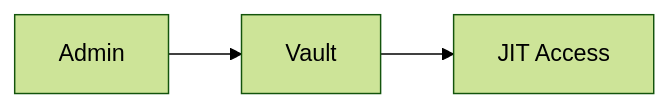
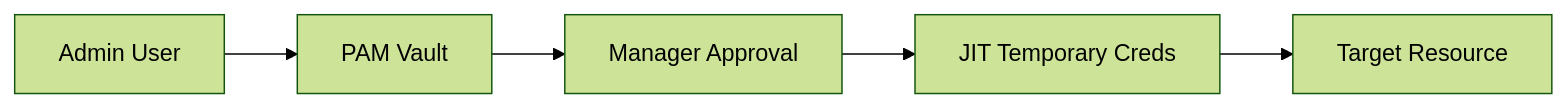
Before and after one commit to Devopstrio/identity-landingzone: the seventh of 30 diagrams in README.md, drawn with Mermaid (forest theme). The commit also changed other lines of this file, not shown here.

Commit message:
docs: finalize premium institutional-grade README with 30+ diagrams and executive summary

````diff
--- a/README.md
+++ b/README.md
@@ -76,5 +169,7 @@
 ```mermaid
 graph LR
-    Admin --> Vault[Vault]
-    Vault --> JIT[JIT Access]
+    Admin[Admin User] --> Vault[PAM Vault]
+    Vault --> Approval[Manager Approval]
+    Approval --> JIT[JIT Temporary Creds]
+    JIT --> Resource[Target Resource]
 ```
````
